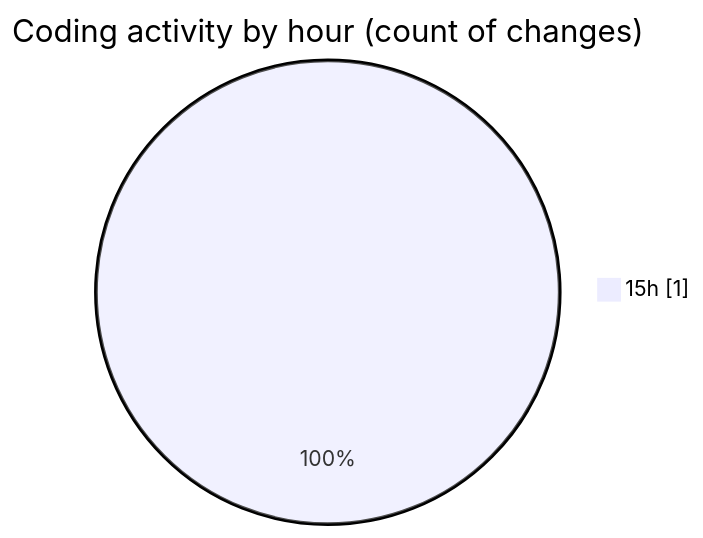
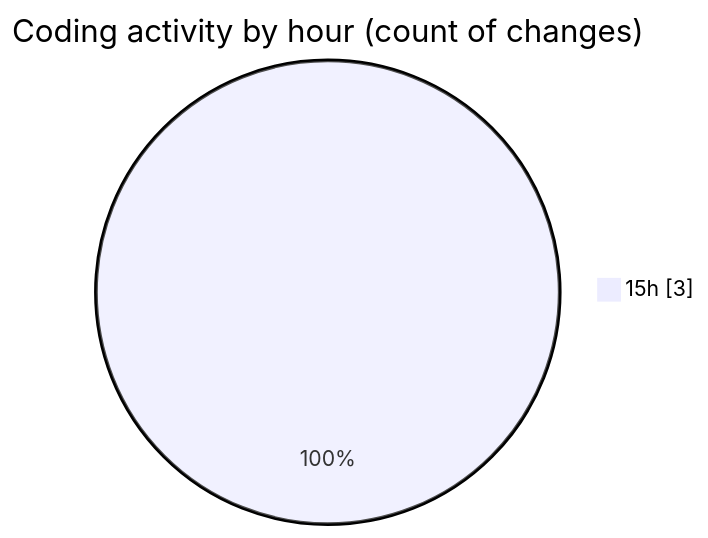
Before and after one commit to idhammustaqopulfikri/code-tracking: the second of 2 diagrams in 2025-06-06/sewa-mobil/README.md, drawn with Mermaid. The commit also changed other lines of this file and 1 other file, not shown here.

````diff
--- a/2025-06-06/sewa-mobil/README.md
+++ b/2025-06-06/sewa-mobil/README.md
@@ -28,5 +29,5 @@
 ```mermaid
 pie showData
 title Coding activity by hour (count of changes)
-"15h" : 1
+"15h" : 3
 ```
````
